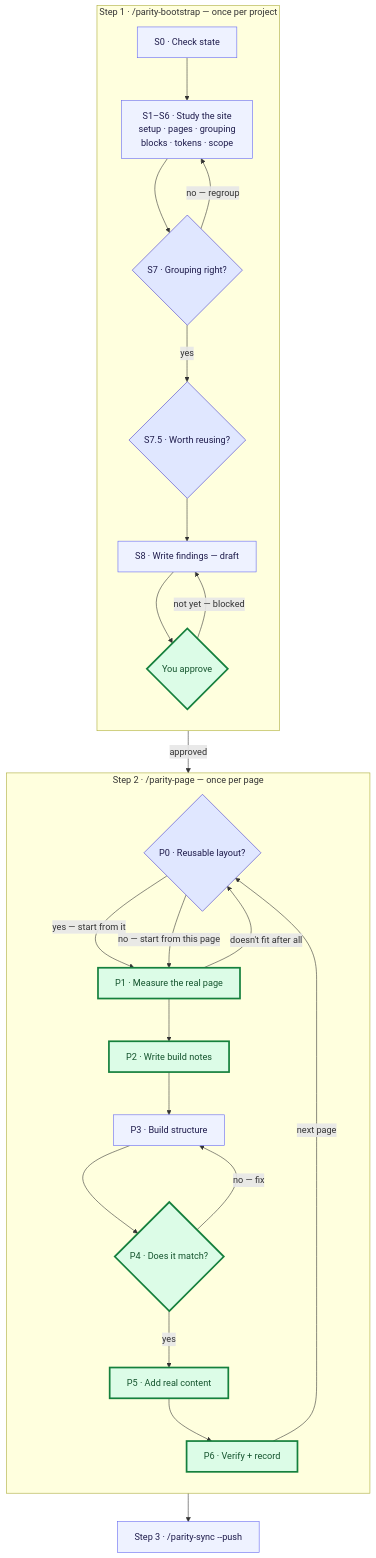
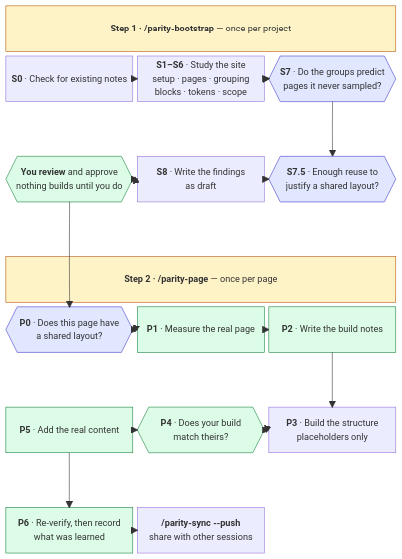
The diagram in README.md (atr0-0/parity), drawn with Mermaid before and after one commit. The commit also changed other lines of this file, not shown here.

Commit message:
README: lay the workflow out as a serpentine
The vertical flowchart used one narrow column and 2406px of height, wasting
the full width of a README column. A block-beta grid runs each row
left-to-right then drops and runs back, so the same 14 nodes fit in 739x1058
- 56% shorter, still rendering at 1:1 with no downscaling.

Also rephrased the decisions to carry their actual test rather than a bare
question: 'Grouping right?' is now 'Do the groups predict pages it never
sampled?', and 'Worth reusing?' is 'Enough reuse to justify a shared layout?'.

Trade-off: block-beta cannot label edges without the labels overlapping the
nodes, so the four loops render as double-headed connectors and the legend
names what each one means.

````diff
--- a/README.md
+++ b/README.md
@@ -69,47 +69,65 @@
 ```mermaid
-flowchart TB
-    subgraph EP1["Step 1 · /parity-bootstrap — once per project"]
-        direction TB
-        S0["S0 · Check state"]
-        SURVEY["S1–S6 · Study the site<br/>setup · pages · grouping<br/>blocks · tokens · scope"]
-        S7{"S7 · Grouping right?"}
-        S75{"S7.5 · Worth reusing?"}
-        S8["S8 · Write findings — draft"]
-        REV{"You approve"}
-        S0 --> SURVEY --> S7
-        S7 -->|"no — regroup"| SURVEY
-        S7 -->|"yes"| S75 --> S8 --> REV
-        REV -->|"not yet — blocked"| S8
-    end
+block-beta
+  columns 3
 
-    REV -->|"approved"| P0
+  H1["<b>Step 1 · /parity-bootstrap</b> — once per project"]:3
+  S0["<b>S0</b> · Check for existing notes"]
+  S1["<b>S1–S6</b> · Study the site<br/>setup · pages · grouping<br/>blocks · tokens · scope"]
+  S7{{"<b>S7</b> · Do the groups predict<br/>pages it never sampled?"}}
 
-    subgraph EP2["Step 2 · /parity-page — once per page"]
-        direction TB
-        P0{"P0 · Reusable layout?"}
-        P1["P1 · Measure the real page"]
-        P2["P2 · Write build notes"]
-        P3["P3 · Build structure"]
-        P4{"P4 · Does it match?"}
-        P5["P5 · Add real content"]
-        P6["P6 · Verify + record"]
-        P0 -->|"yes — start from it"| P1
-        P0 -->|"no — start from this page"| P1
-        P1 -->|"doesn't fit after all"| P0
-        P1 --> P2 --> P3 --> P4
-        P4 -->|"no — fix"| P3
-        P4 -->|"yes"| P5 --> P6
-        P6 -->|"next page"| P0
-    end
+  space:3
 
-    P6 --> SYNC["Step 3 · /parity-sync --push"]
+  REV{{"<b>You review</b> and approve<br/>nothing builds until you do"}}
+  S8["<b>S8</b> · Write the findings<br/>as draft"]
+  S75{{"<b>S7.5</b> · Enough reuse to<br/>justify a shared layout?"}}
 
-    classDef decide fill:#e0e7ff,stroke:#4338ca,color:#1e1b4b
-    classDef gate fill:#dcfce7,stroke:#15803d,color:#14532d,stroke-width:3px
-    classDef plain fill:#eef2ff,stroke:#6366f1,color:#1e1b4b
-    class S7,S75,P0 decide
-    class REV,P4 gate
-    class P1,P2,P5,P6 gate
-    class S0,SURVEY,S8,P3 plain
-    class SYNC plain
+  space:3
+
+  H2["<b>Step 2 · /parity-page</b> — once per page"]:3
+  P0{{"<b>P0</b> · Does this page have<br/>a shared layout?"}}
+  P1["<b>P1</b> · Measure the real page"]
+  P2["<b>P2</b> · Write the build notes"]
+
+  space:3
+
+  P5["<b>P5</b> · Add the real content"]
+  P4{{"<b>P4</b> · Does your build<br/>match theirs?"}}
+  P3["<b>P3</b> · Build the structure<br/>placeholders only"]
+
+  space:3
+
+  P6["<b>P6</b> · Re-verify, then record<br/>what was learned"]
+  SYNC["<b>/parity-sync --push</b><br/>share with other sessions"]
+  space
+
+  S0 --> S1
+  S1 --> S7
+  S7 --> S75
+  S75 --> S8
+  S8 --> REV
+  REV --> P0
+  P0 --> P1
+  P1 --> P2
+  P2 --> P3
+  P3 --> P4
+  P4 --> P5
+  P5 --> P6
+  P6 --> SYNC
+
+  S7 --> S1
+  REV --> S8
+  P1 --> P0
+  P4 --> P3
+
+  style H1 fill:#fef3c7,stroke:#b45309
+  style H2 fill:#fef3c7,stroke:#b45309
+  style S7 fill:#e0e7ff,stroke:#4338ca
+  style S75 fill:#e0e7ff,stroke:#4338ca
+  style P0 fill:#e0e7ff,stroke:#4338ca
+  style REV fill:#dcfce7,stroke:#15803d
+  style P4 fill:#dcfce7,stroke:#15803d
+  style P1 fill:#dcfce7,stroke:#15803d
+  style P2 fill:#dcfce7,stroke:#15803d
+  style P5 fill:#dcfce7,stroke:#15803d
+  style P6 fill:#dcfce7,stroke:#15803d
 ```
````
